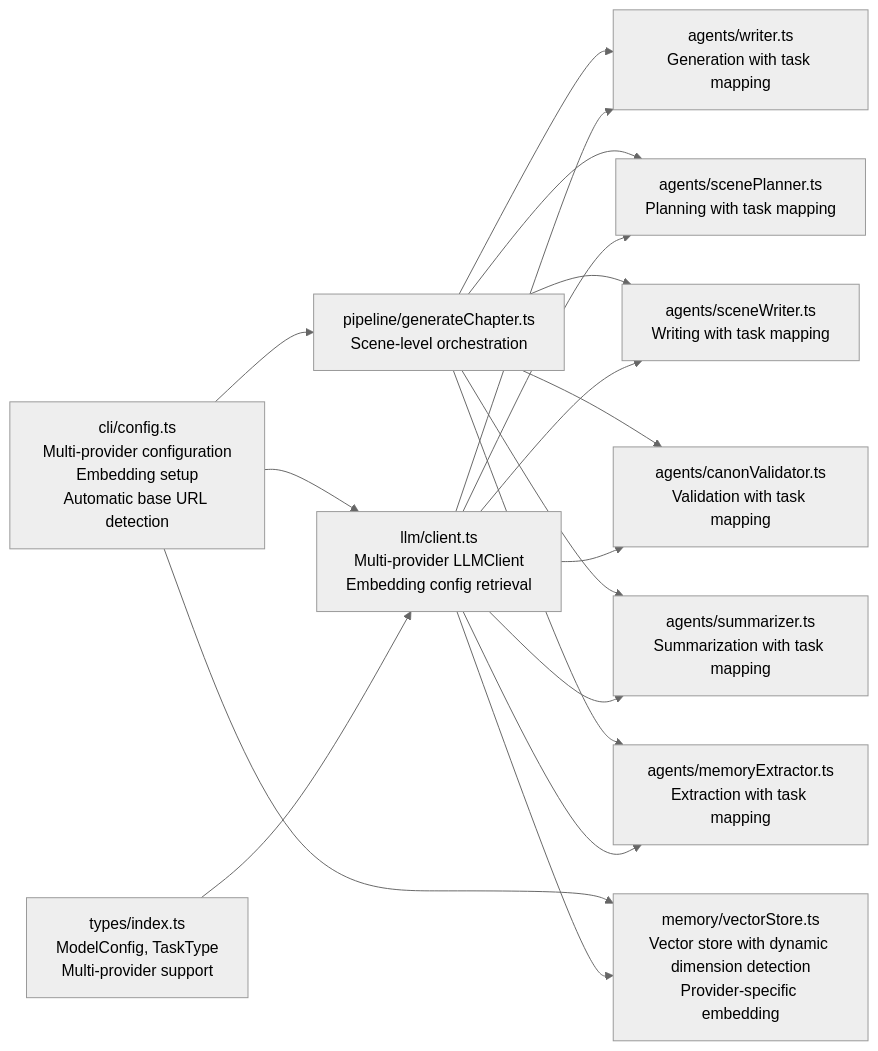
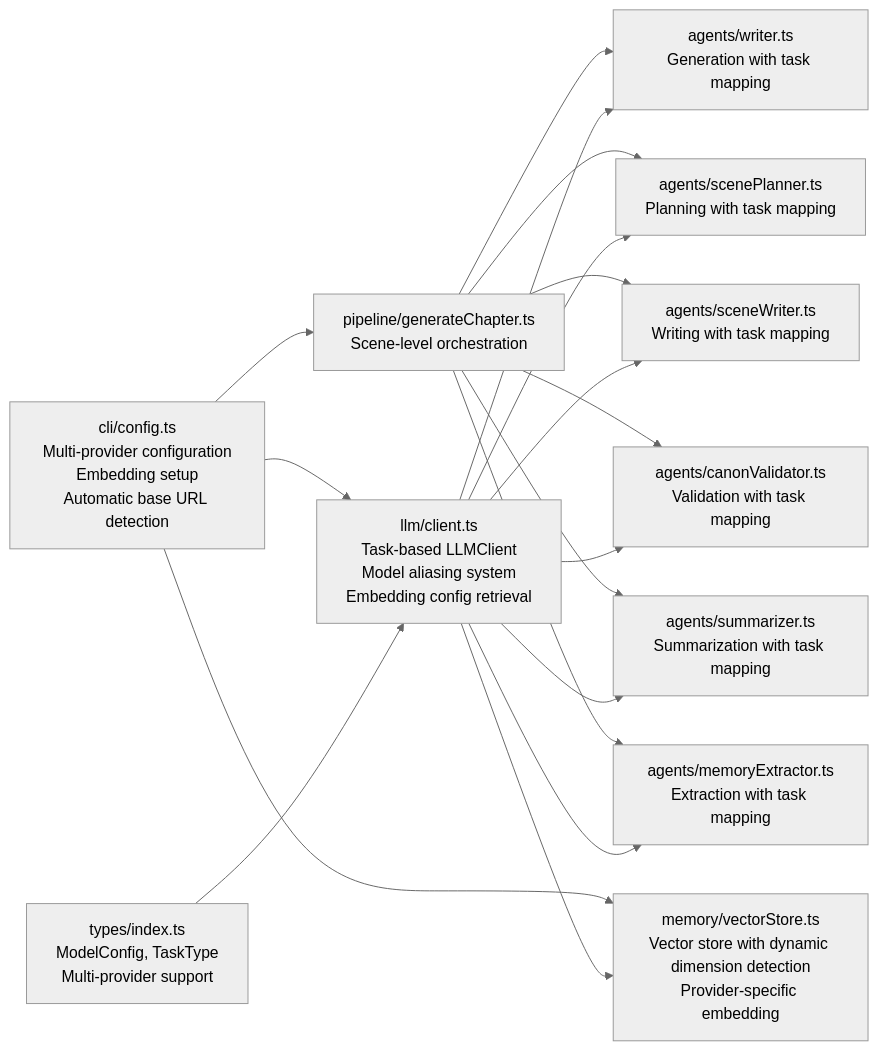
Before and after one commit to liwonder/NARRITIVE_OS: the eighth of 8 diagrams in .qoder/repowiki/en/content/LLM Integration and Configuration.md, drawn with Mermaid (neutral theme). The commit also changed other lines of this file and 5 other files, not shown here.

````diff
--- a/.qoder/repowiki/en/content/LLM Integration and Configuration.md
+++ b/.qoder/repowiki/en/content/LLM Integration and Configuration.md
@@ -694,20 +670,20 @@
 ```mermaid
 graph LR
-TYPES["types/index.ts<br/>ModelConfig, TaskType<br/>Multi-provider support"] --> CLIENT["llm/client.ts<br/>Multi-provider LLMClient<br/>Embedding config retrieval"]
+TYPES["types/index.ts<br/>ModelConfig, TaskType<br/>Multi-provider support"] --> CLIENT["llm/client.ts<br/>Task-based LLMClient<br/>Model aliasing system<br/>Embedding config retrieval"]
 CLIENT --> WR["agents/writer.ts<br/>Generation with task mapping"]
 CLIENT --> PLAN["agents/scenePlanner.ts<br/>Planning with task mapping"]
 CLIENT --> WRITE["agents/sceneWriter.ts<br/>Writing with task mapping"]
 CLIENT --> VAL["agents/canonValidator.ts<br/>Validation with task mapping"]
 CLIENT --> SUM["agents/summarizer.ts<br/>Summarization with task mapping"]
 CLIENT --> MEM["agents/memoryExtractor.ts<br/>Extraction with task mapping"]
 CLIENT --> VECTOR["memory/vectorStore.ts<br/>Vector store with dynamic dimension detection<br/>Provider-specific embedding"]
 PIPE["pipeline/generateChapter.ts<br/>Scene-level orchestration"] --> WR
 PIPE --> PLAN
 PIPE --> WRITE
 PIPE --> VAL
 PIPE --> SUM
 PIPE --> MEM
 CFG["cli/config.ts<br/>Multi-provider configuration<br/>Embedding setup<br/>Automatic base URL detection"] --> CLIENT
 CFG --> PIPE
 CFG --> VECTOR
 ```
````
